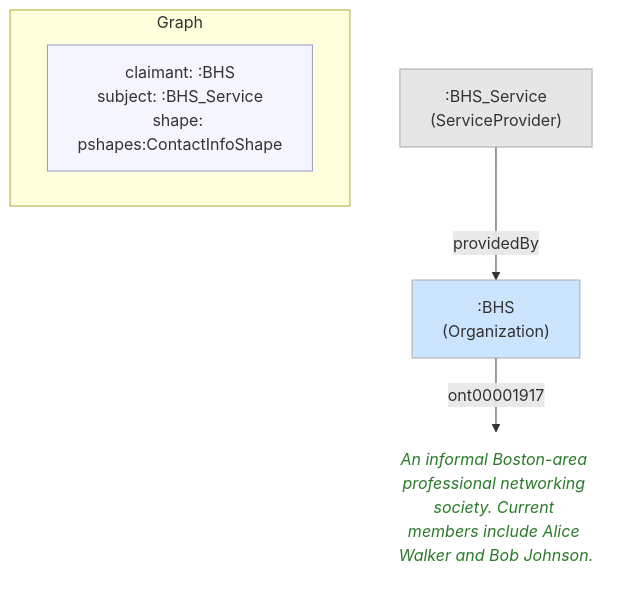
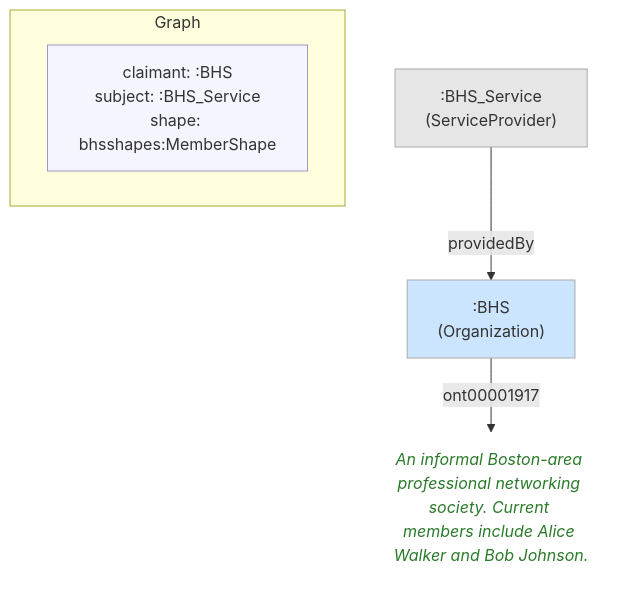
One commit to MeeFoundation/mia-ontologies changed the diagram in example/graphs/images/graph-01.mmd. Above: the diagram before and after it, drawn with Mermaid. The commit also changed 31 other files, not shown here.

```diff
--- a/example/graphs/images/graph-01.mmd
+++ b/example/graphs/images/graph-01.mmd
@@ -1,18 +1,18 @@
 flowchart TD
     classDef person fill:#fffacd,stroke:#aaa,color:#333
     classDef org    fill:#cce5ff,stroke:#aaa,color:#333
     classDef service fill:#e6e6e6,stroke:#aaa,color:#333
     classDef lit    fill:none,stroke:none,font-style:italic,color:#2a7a2a
     classDef meta   fill:#f5f5ff,stroke:#9999cc,color:#333
 
     subgraph ctx["Graph"]
         direction LR
-        ctx_meta["claimant: :BHS\nsubject: :BHS_Service\nshape: pshapes:ContactInfoShape"]:::meta
+        ctx_meta["claimant: :BHS\nsubject: :BHS_Service\nshape: bhsshapes:MemberShape"]:::meta
     end
 
     n8eb8cf796f42[":BHS\n(Organization)"]:::org
-    nf35688b3fd3f("An informal Boston-area professional networking society. Current members include Alice Walker and Bob Johnson."):::lit
+    n99e4395e400f("An informal Boston-area professional networking society. Current members include Alice Walker and Bob Johnson."):::lit
     n4b40da4ec70f[":BHS_Service\n(ServiceProvider)"]:::service
 
-    n8eb8cf796f42 -->|"ont00001917"| nf35688b3fd3f
+    n8eb8cf796f42 -->|"ont00001917"| n99e4395e400f
     n4b40da4ec70f -->|"providedBy"| n8eb8cf796f42
```
